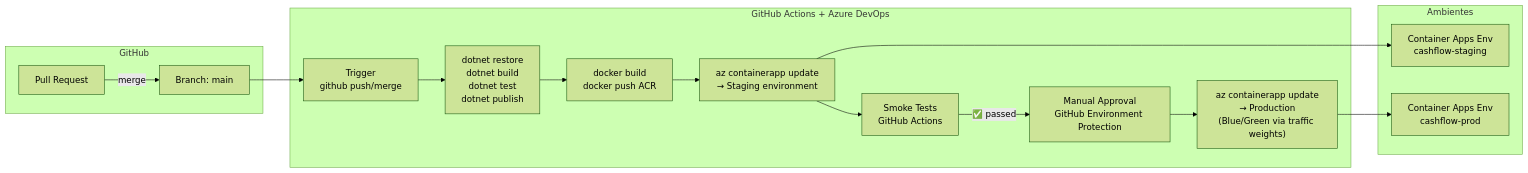
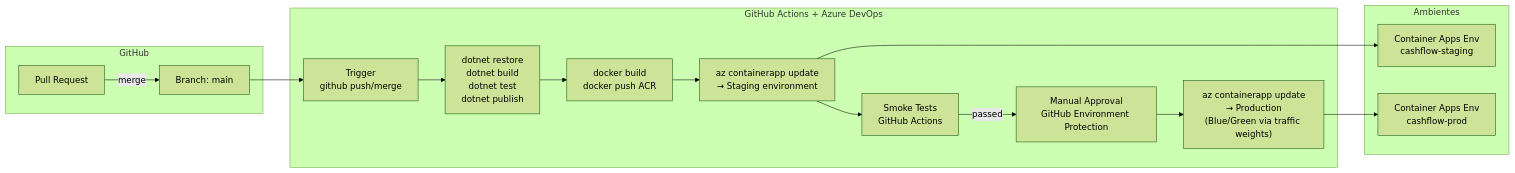
One commit to wallacecamacho/mtech-arqsol changed the fourth of 6 diagrams in docs/architecture/cloud-azure.md. Above: the diagram before and after it, drawn with Mermaid (forest theme). The commit also changed other lines of this file and 46 other files, not shown here.

````diff
--- a/docs/architecture/cloud-azure.md
+++ b/docs/architecture/cloud-azure.md
@@ -151,28 +151,28 @@
 ```mermaid
 flowchart LR
     subgraph REPO["GitHub"]
         PR["Pull Request"]
         MAIN["Branch: main"]
     end
 
     subgraph PIPELINE["GitHub Actions + Azure DevOps"]
         SRC["Trigger\ngithub push/merge"]
         BUILD["dotnet restore\ndotnet build\ndotnet test\ndotnet publish"]
         IMG["docker build\ndocker push ACR"]
         DEP_STG["az containerapp update\n→ Staging environment"]
         SMOKE["Smoke Tests\nGitHub Actions"]
         APPROVAL["Manual Approval\nGitHub Environment Protection"]
         DEP_PRD["az containerapp update\n→ Production\n(Blue/Green via traffic weights)"]
     end
 
     subgraph ENVS["Ambientes"]
         STAGING["Container Apps Env\ncashflow-staging"]
         PROD["Container Apps Env\ncashflow-prod"]
     end
 
     PR -->|"merge"| MAIN
     MAIN --> SRC --> BUILD --> IMG --> DEP_STG --> SMOKE
-    SMOKE -->|"✅ passed"| APPROVAL --> DEP_PRD
+    SMOKE -->|"passed"| APPROVAL --> DEP_PRD
     DEP_STG --> STAGING
     DEP_PRD --> PROD
 ```
````
